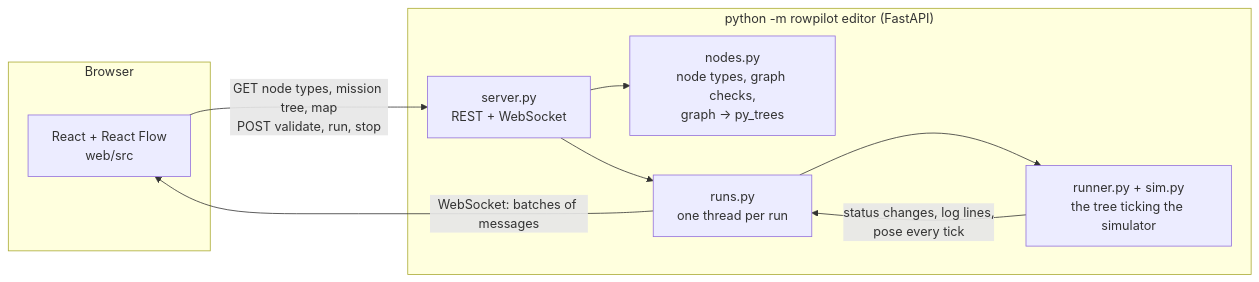
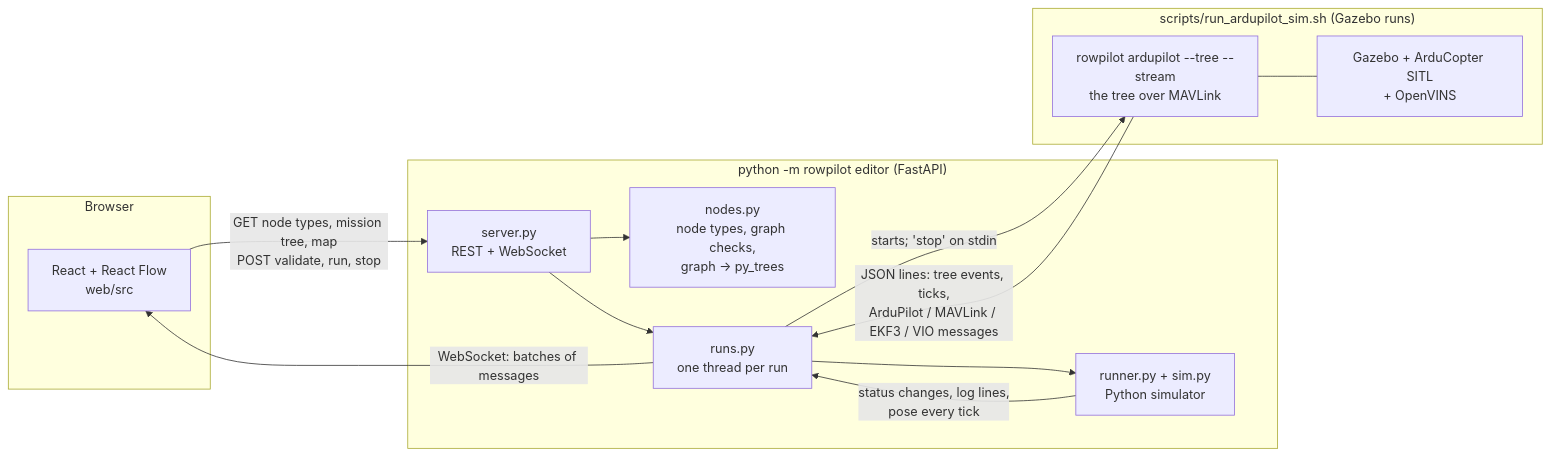
One commit to NadaAbbas444/rowpilot-sim-behavior-trees changed the diagram in docs/editor.md. Above: the diagram before and after it, drawn with Mermaid. The commit also changed other lines of this file and 18 other files, not shown here.

First line of the commit message:
Editor: run trees in Gazebo + ArduPilot + OpenVINS, with the flight stack's log

````diff
--- a/docs/editor.md
+++ b/docs/editor.md
@@ -71,18 +85,25 @@
 ```mermaid
 flowchart LR
     subgraph Browser
         UI["React + React Flow<br/>web/src"]
     end
     subgraph Server["python -m rowpilot editor (FastAPI)"]
         API["server.py<br/>REST + WebSocket"]
         NODES["nodes.py<br/>node types, graph checks,<br/>graph → py_trees"]
         RUNS["runs.py<br/>one thread per run"]
-        SIM["runner.py + sim.py<br/>the tree ticking the simulator"]
+        SIM["runner.py + sim.py<br/>Python simulator"]
+    end
+    subgraph Full["scripts/run_ardupilot_sim.sh (Gazebo runs)"]
+        GZ["Gazebo + ArduCopter SITL<br/>+ OpenVINS"]
+        AP["rowpilot ardupilot --tree --stream<br/>the tree over MAVLink"]
     end
     UI -- "GET node types, mission tree, map<br/>POST validate, run, stop" --> API
     API --> NODES
     API --> RUNS
     RUNS --> SIM
     SIM -- "status changes, log lines,<br/>pose every tick" --> RUNS
+    RUNS -- "starts; 'stop' on stdin" --> AP
+    AP --- GZ
+    AP -- "JSON lines: tree events, ticks,<br/>ArduPilot / MAVLink / EKF3 / VIO messages" --> RUNS
     RUNS -- "WebSocket: batches of messages" --> UI
 ```
````
